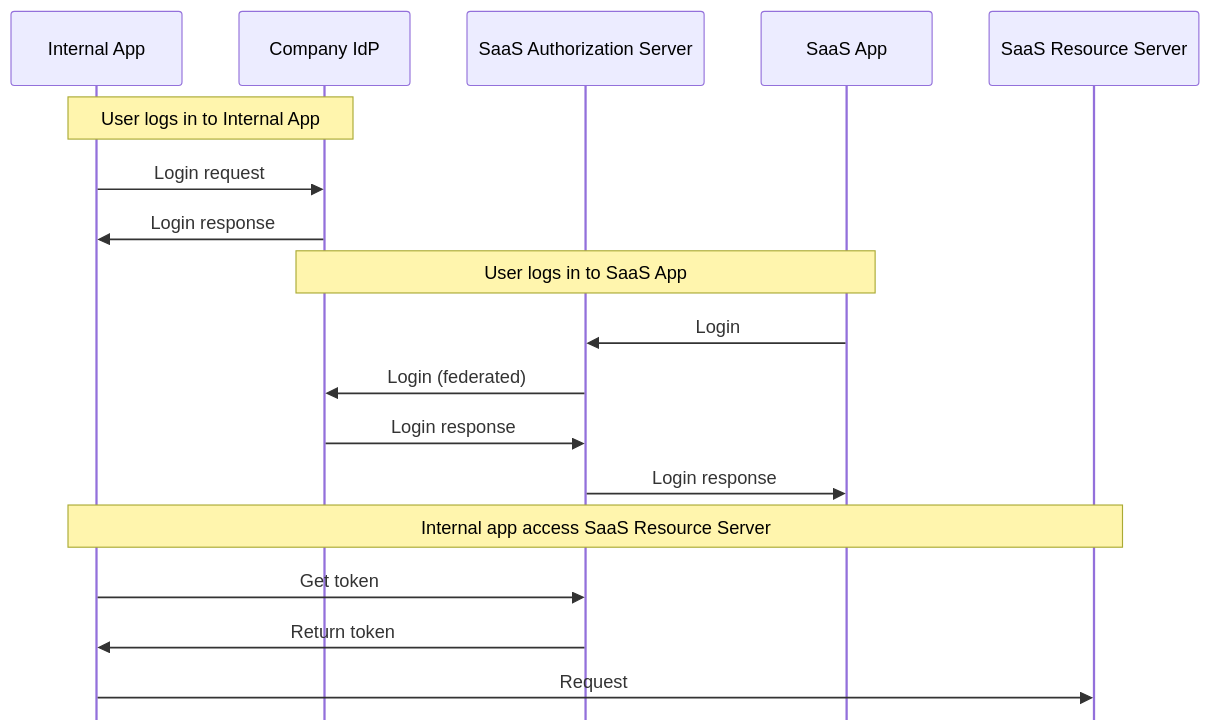
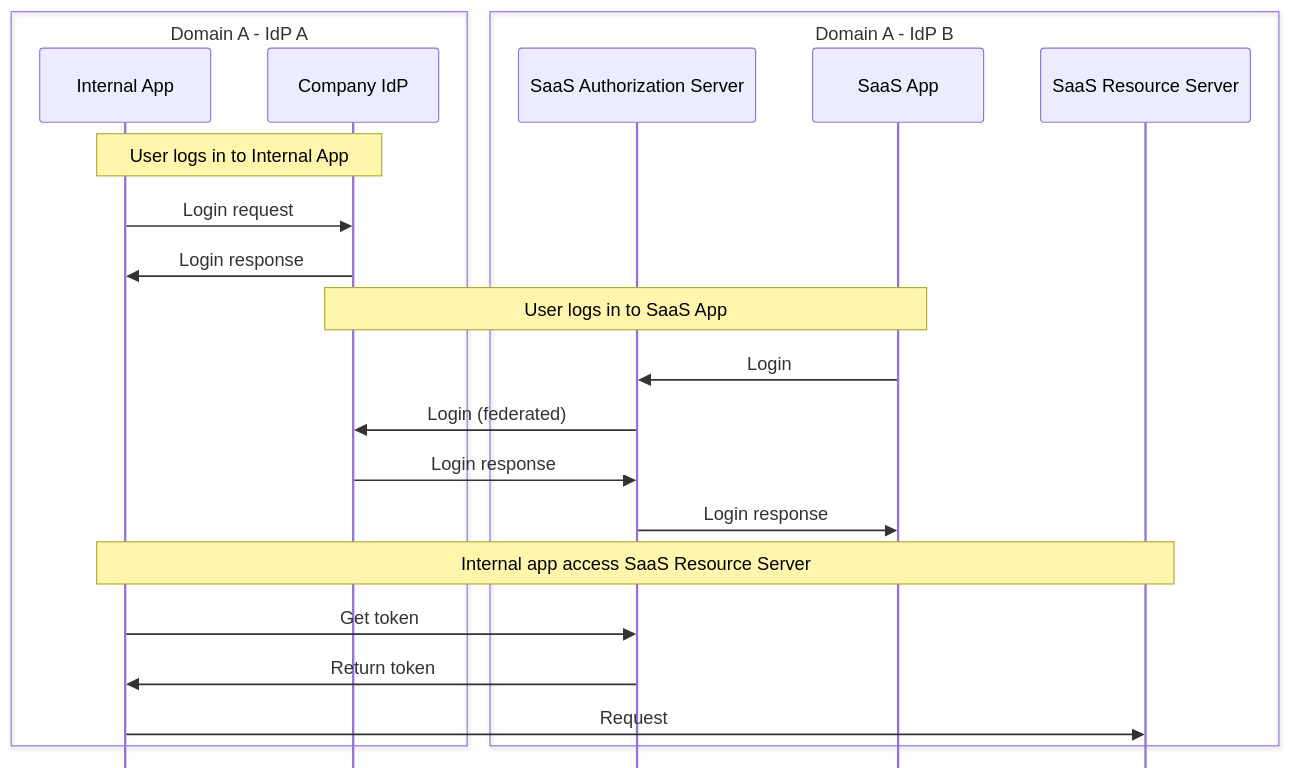
The third of 3 diagrams in seq/usecases.md (stianst/playground), drawn with Mermaid before and after one commit.

````diff
--- a/seq/usecases.md
+++ b/seq/usecases.md
@@ -55,25 +55,29 @@
 ```mermaid
 ---
 config:
     mirrorActors: false
 ---
 sequenceDiagram
+    box Domain A - IdP A
     participant A as Internal App
     participant IDP as Company IdP
+    end
+    box Domain A - IdP B
     participant SAS as SaaS Authorization Server
     participant SA as SaaS App
     participant SRS as SaaS Resource Server
+    end
 
     Note over A,IDP: User logs in to Internal App
     A->>IDP: Login request
     IDP->>A: Login response
     Note over SA,IDP: User logs in to SaaS App
     SA->>SAS: Login
     SAS->>IDP: Login (federated)
     IDP->>SAS: Login response
     SAS->>SA: Login response
     Note over A,SRS: Internal app access SaaS Resource Server
     A->>SAS: Get token
     SAS->>A: Return token
     A->>SRS: Request
 ```
````
